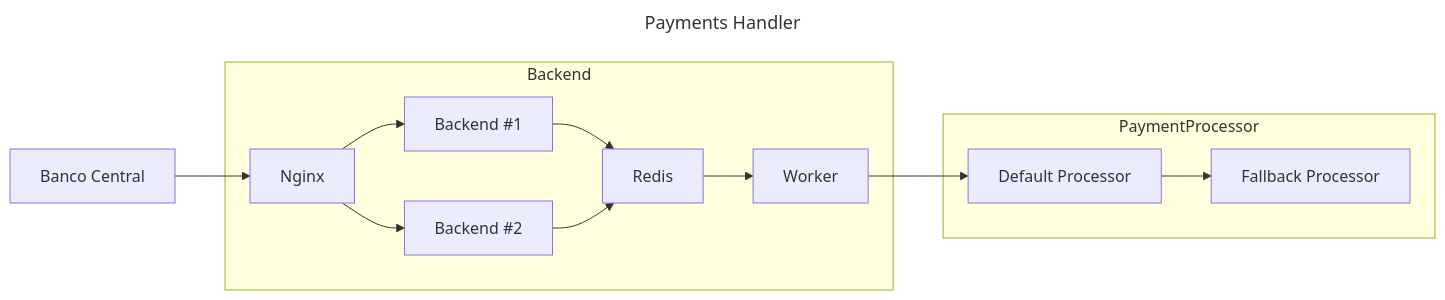
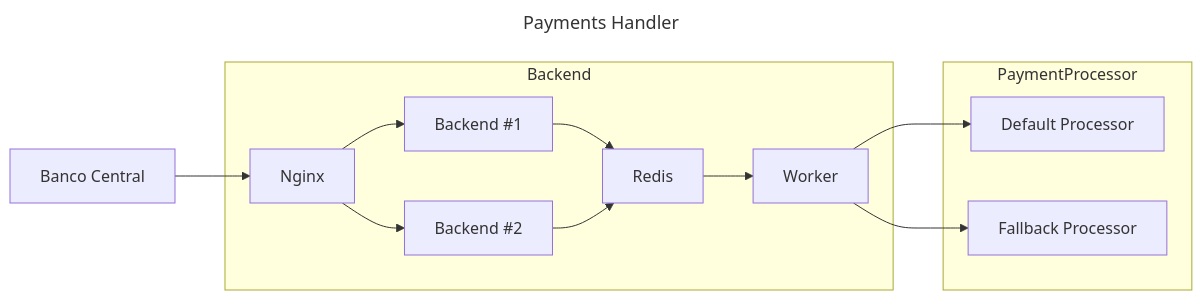
Before and after one commit to josafaverissimo/boogiewoogiepay: the diagram in README.md, drawn with Mermaid.

Commit message:
chore: mermaid graph fixed

````diff
--- a/README.md
+++ b/README.md
@@ -8,21 +8,24 @@
 ```mermaid
 ---
 title: Payments Handler
 ---
 
 graph LR
     subgraph Backend
         Nginx[Nginx] --> Backend1[Backend #1]
         Nginx --> Backend2[Backend #2]
         Backend1 --> Redis[Redis]
         Backend2 --> Redis
         Redis --> Worker[Worker]
+
     end
     
     subgraph PaymentProcessor
-        Worker --> PaymentProcessorDefault[Default Processor]
-        PaymentProcessorDefault --> PaymentProcessorFallback[Fallback Processor]
+        Worker --> PaymentProcessorDefault
+        Worker --> PaymentProcessorFallback
+        PaymentProcessorDefault[Default Processor]
+        PaymentProcessorFallback[Fallback Processor]
     end
 
     BancoCentral[Banco Central] --> Nginx
 ```
````
